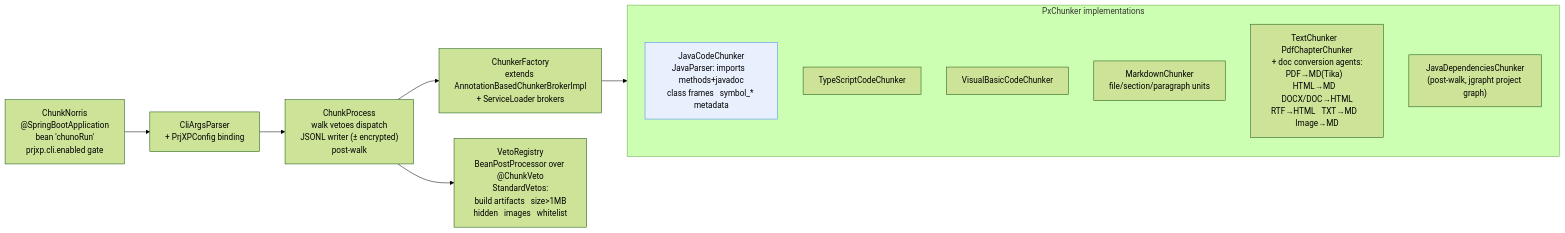
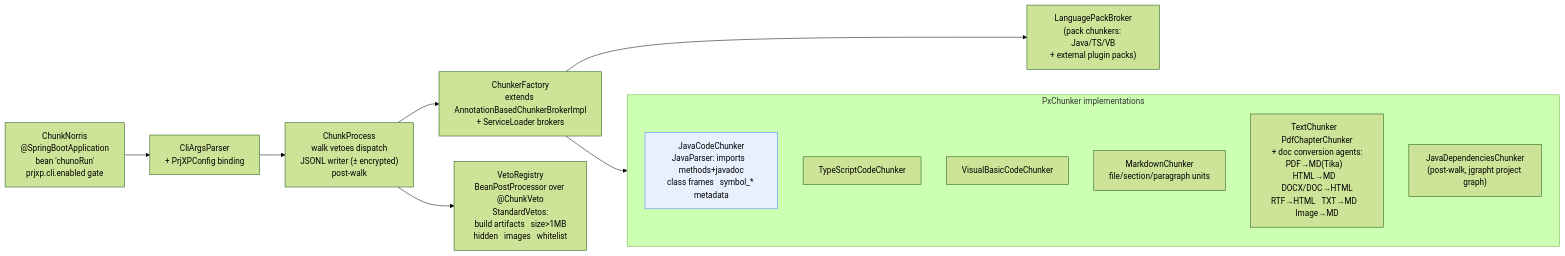
The third of 8 diagrams in doc/arc42/05_building_block_view.md (carstenSpraener/prjxp), drawn with Mermaid (forest theme) before and after one commit. The commit also changed other lines of this file and 16 other files, not shown here.

First line of the commit message:
docs: align READMEs and arc42 with the LanguagePack architecture

````diff
--- a/doc/arc42/05_building_block_view.md
+++ b/doc/arc42/05_building_block_view.md
@@ -116,21 +132,23 @@
 ```mermaid
 flowchart LR
     MAIN["ChunkNorris<br/>@SpringBootApplication<br/>bean 'chunoRun'<br/>prjxp.cli.enabled gate"]
     ARGS["CliArgsParser<br/>+ PrjXPConfig binding"]
     PROC["ChunkProcess<br/>walk   vetoes   dispatch<br/>JSONL writer (± encrypted)<br/>post-walk"]
     FACT["ChunkerFactory<br/>extends AnnotationBasedChunkerBrokerImpl<br/>+ ServiceLoader brokers"]
+    LPB["LanguagePackBroker<br/>(pack chunkers: Java/TS/VB<br/>+ external plugin packs)"]
     VETO["VetoRegistry<br/>BeanPostProcessor over @ChunkVeto<br/>StandardVetos:<br/>build artifacts   size>1MB<br/>hidden   images   whitelist"]
     subgraph chunkers ["PxChunker implementations"]
         JC["JavaCodeChunker<br/>JavaParser: imports   methods+javadoc<br/>class frames   symbol_* metadata"]
         TSC["TypeScriptCodeChunker"]
         VBC["VisualBasicCodeChunker"]
         MC["MarkdownChunker<br/>file/section/paragraph units"]
         TC2["TextChunker   PdfChapterChunker<br/>+ doc conversion agents:<br/>PDF→MD(Tika)   HTML→MD   DOCX/DOC→HTML<br/>RTF→HTML   TXT→MD   Image→MD"]
         DEPS["JavaDependenciesChunker<br/>(post-walk, jgrapht project graph)"]
     end
     MAIN --> ARGS --> PROC
     PROC --> VETO
     PROC --> FACT --> chunkers
+    FACT --> LPB
 
     style JC fill:#e8f0fe,stroke:#4285f4
 ```
````
